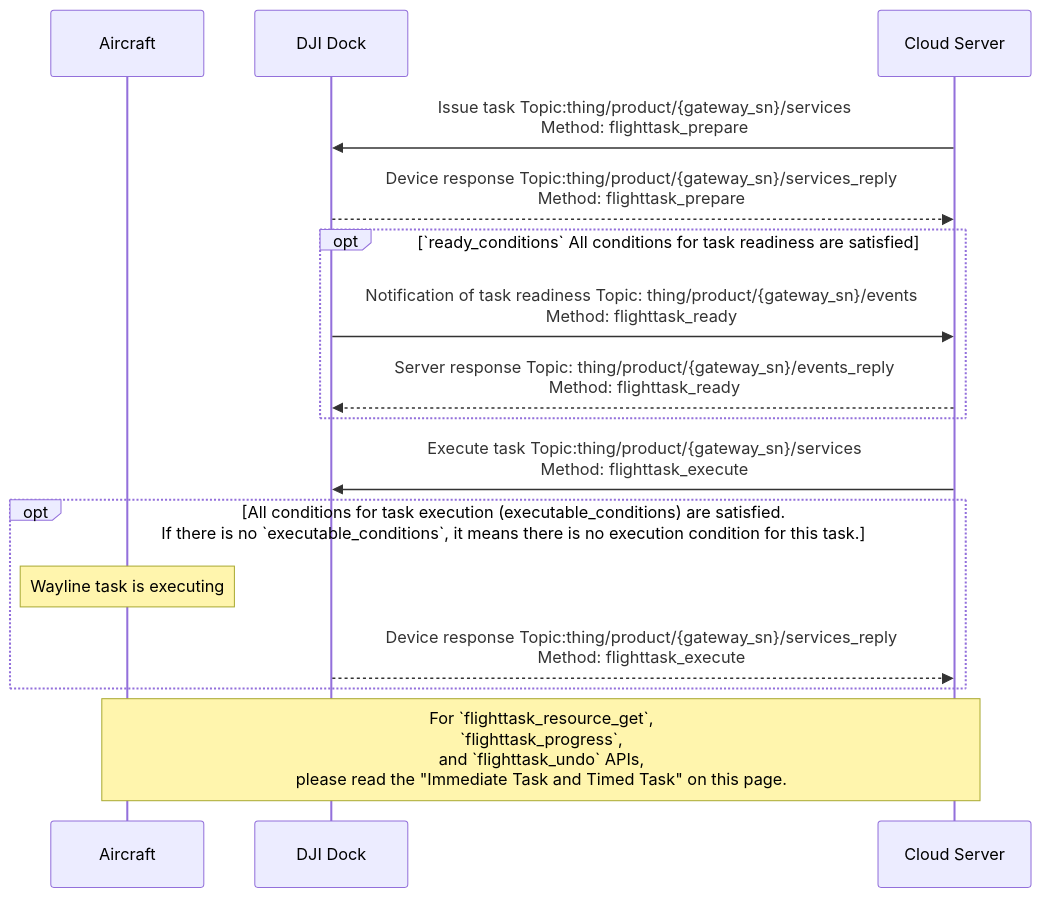
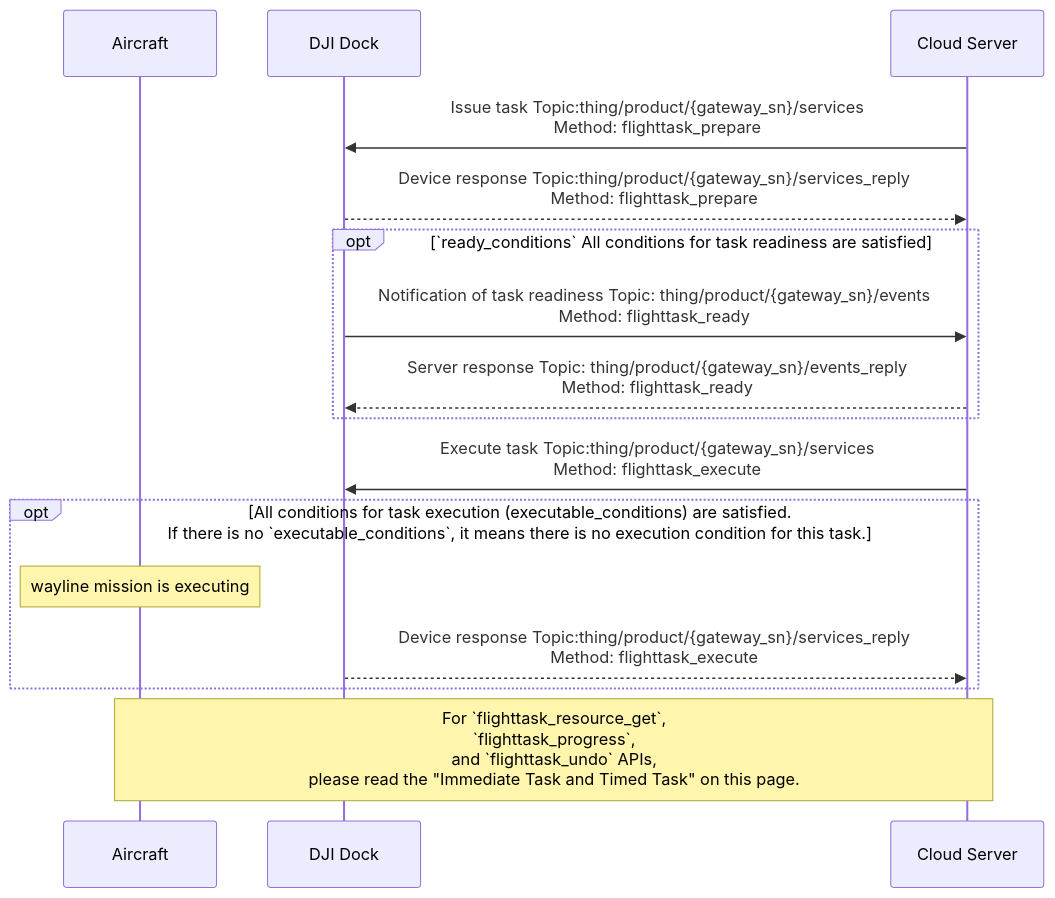
One commit to dji-sdk/Cloud-API-Doc changed the second of 2 diagrams in docs/en/30.feature-set/20.dock-feature-set/50.dock-wayline-management.md. Above: the diagram before and after it, drawn with Mermaid. The commit also changed other lines of this file and 57 other files, not shown here.

````diff
--- a/docs/en/30.feature-set/20.dock-feature-set/50.dock-wayline-management.md
+++ b/docs/en/30.feature-set/20.dock-feature-set/50.dock-wayline-management.md
@@ -75,24 +81,24 @@
 ```mermaid
 sequenceDiagram
 
 participant object as Aircraft
 participant client as DJI Dock
 participant server as Cloud Server
 
 server ->> client: Issue task Topic:thing/product/{gateway_sn}/services<br/>Method: flighttask_prepare
 client -->> server: Device response Topic:thing/product/{gateway_sn}/services_reply<br/>Method: flighttask_prepare
 
 opt `ready_conditions` All conditions for task readiness are satisfied
 client ->> server: Notification of task readiness Topic: thing/product/{gateway_sn}/events<br/>Method: flighttask_ready
 server -->> client: Server response Topic: thing/product/{gateway_sn}/events_reply<br/>Method: flighttask_ready
 end
 
 server ->> client: Execute task Topic:thing/product/{gateway_sn}/services<br/>Method: flighttask_execute
 opt All conditions for task execution (executable_conditions) are satisfied. <br/> If there is no `executable_conditions`, it means there is no execution condition for this task.
-note over object: Wayline task is executing
+note over object: wayline mission is executing
 client -->> server: Device response Topic:thing/product/{gateway_sn}/services_reply<br/>Method: flighttask_execute
 end
 
 note over object, server: For `flighttask_resource_get`,<br/>`flighttask_progress`,<br/> and `flighttask_undo` APIs,<br/> please read the "Immediate Task and Timed Task" on this page.
 
 ```
````
